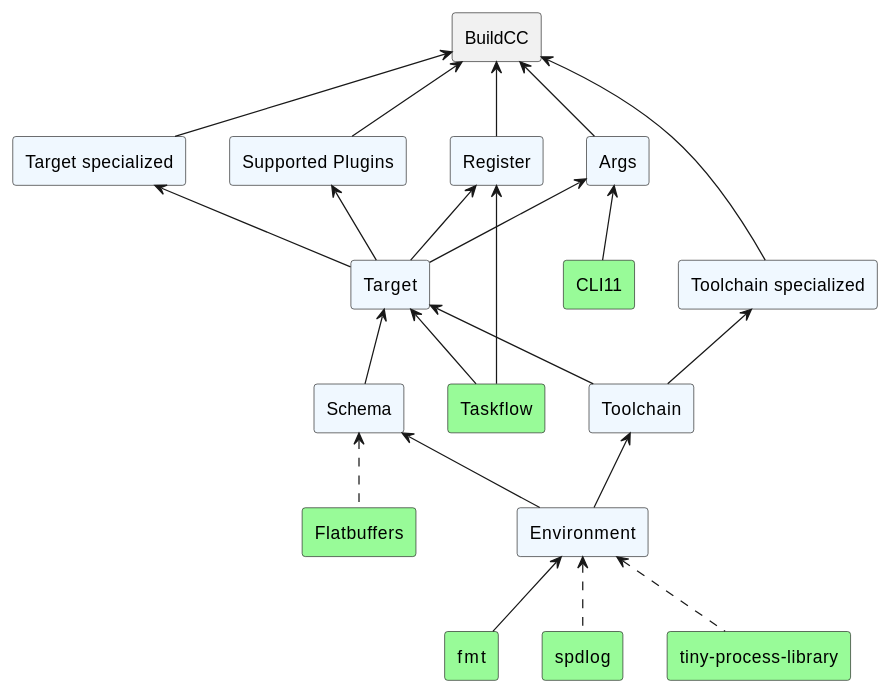
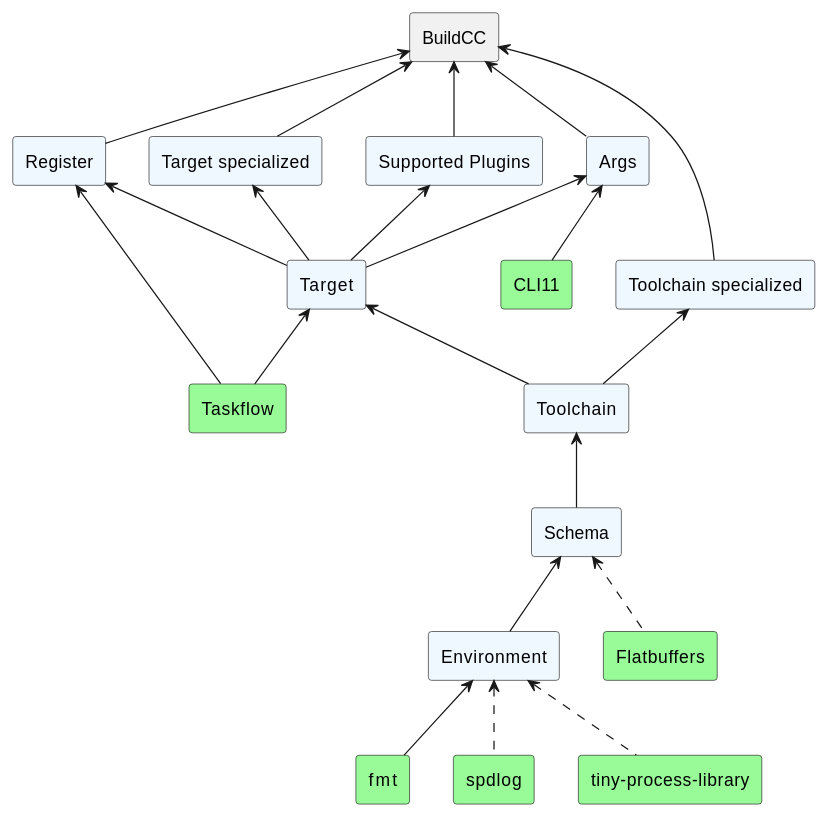
One commit to coder137/build_in_cpp changed the second of 2 diagrams in docs/source/arch/software_heirarchy.rst. Above: the diagram before and after it, drawn with PlantUML. The commit also changed 41 other files, not shown here.

```diff
--- a/docs/source/arch/software_heirarchy.rst
+++ b/docs/source/arch/software_heirarchy.rst
@@ -40,49 +40,48 @@
 .. uml::
 
    rectangle Flatbuffers as flatbuffers #palegreen
    rectangle fmt as fmt #palegreen
    rectangle spdlog as spdlog #palegreen
    rectangle Taskflow as taskflow #palegreen
    rectangle CLI11 as cli11 #palegreen
    rectangle "tiny-process-library" as tpl #palegreen
 
    rectangle Environment as env #aliceblue
    rectangle Schema as schema #aliceblue
    rectangle Toolchain as toolchain #aliceblue
    rectangle Target as target #aliceblue
    rectangle "Toolchain specialized" as toolchain_specialized #aliceblue
    rectangle "Target specialized" as target_specialized #aliceblue
    rectangle Args as args #aliceblue
    rectangle Register as register #aliceblue
    rectangle "Supported Plugins" as plugins #aliceblue
    rectangle BuildCC as buildcc
 
 
    fmt -up-> env
    spdlog .up.> env
    tpl .up.> env
 
    cli11 -up-> args
    taskflow -up-> register
 
    flatbuffers .up.> schema
-
-   env -up-> toolchain
    env -up-> schema
 
+   schema -up-> toolchain
+
+   toolchain -up-> target
    taskflow -up-> target
-   schema -up-> target
-   toolchain -up-> target
 
    toolchain -up-> toolchain_specialized
    target -up-> target_specialized
 
    target -up-> args
    target -up-> register
    target -up-> plugins
 
    toolchain_specialized -up-> buildcc
    target_specialized -up-> buildcc
    args -up-> buildcc
    register -up-> buildcc
    plugins -up-> buildcc
```
